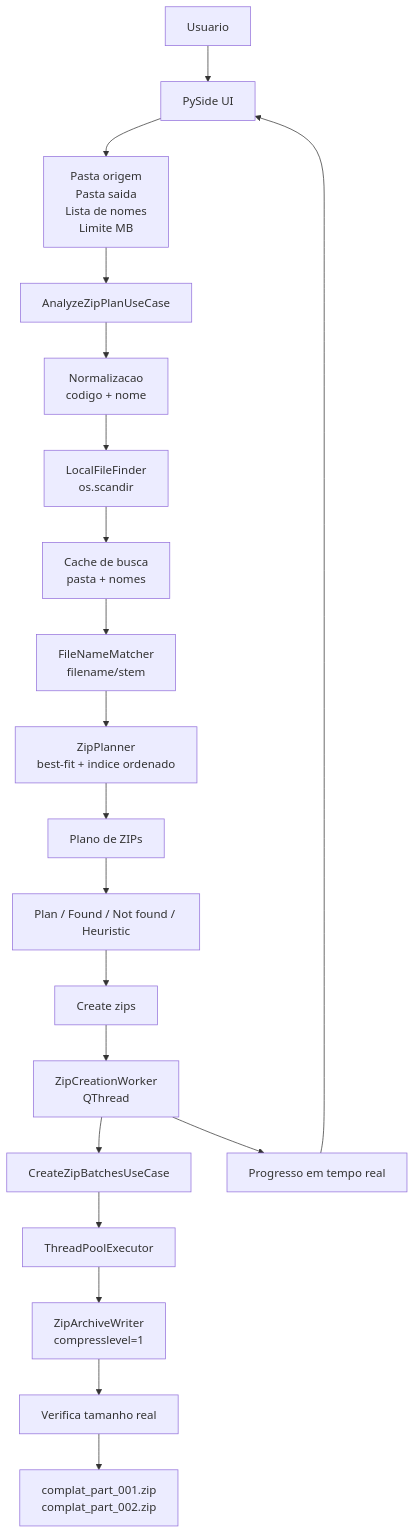
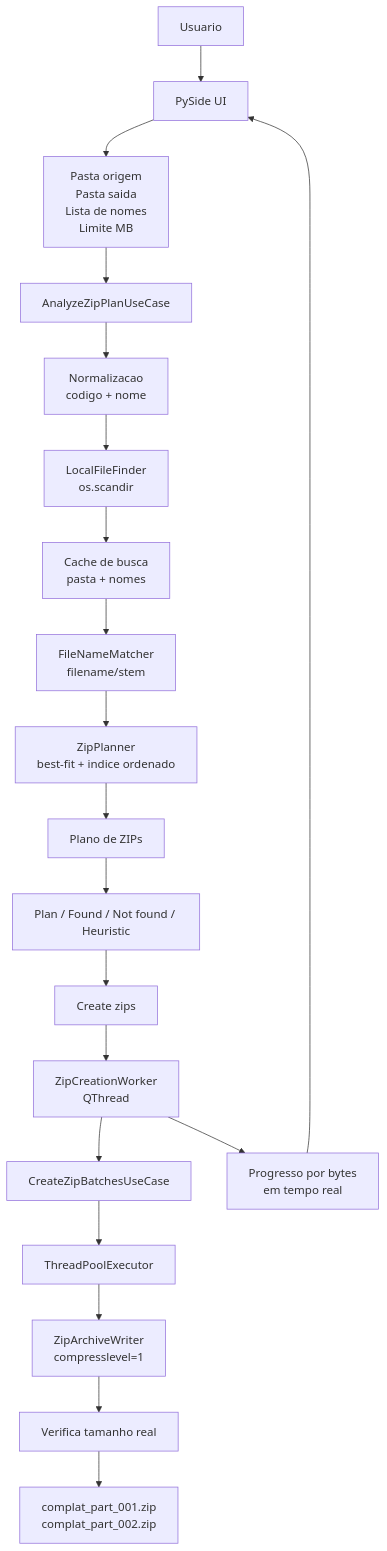
Before and after one commit to MatheusANBS/COMPLAT: the diagram in README.md, drawn with Mermaid. The commit also changed other lines of this file and 6 other files, not shown here.

````diff
--- a/README.md
+++ b/README.md
@@ -55,24 +55,24 @@
 ```mermaid
 flowchart TD
     User["Usuario"] --> UI["PySide UI"]
     UI --> Inputs["Pasta origem<br/>Pasta saida<br/>Lista de nomes<br/>Limite MB"]
 
     Inputs --> Analyze["AnalyzeZipPlanUseCase"]
     Analyze --> Parser["Normalizacao<br/>codigo + nome"]
     Parser --> Finder["LocalFileFinder<br/>os.scandir"]
     Finder --> Cache["Cache de busca<br/>pasta + nomes"]
     Cache --> Matcher["FileNameMatcher<br/>filename/stem"]
     Matcher --> Planner["ZipPlanner<br/>best-fit + indice ordenado"]
     Planner --> Plan["Plano de ZIPs"]
 
     Plan --> Tabs["Plan / Found / Not found / Heuristic"]
     Tabs --> Create["Create zips"]
     Create --> Worker["ZipCreationWorker<br/>QThread"]
     Worker --> Executor["CreateZipBatchesUseCase"]
     Executor --> Pool["ThreadPoolExecutor"]
     Pool --> Writer["ZipArchiveWriter<br/>compresslevel=1"]
     Writer --> Verify["Verifica tamanho real"]
     Verify --> Output["complat_part_001.zip<br/>complat_part_002.zip"]
-    Worker --> Progress["Progresso em tempo real"]
+    Worker --> Progress["Progresso por bytes<br/>em tempo real"]
     Progress --> UI
 ```
````
